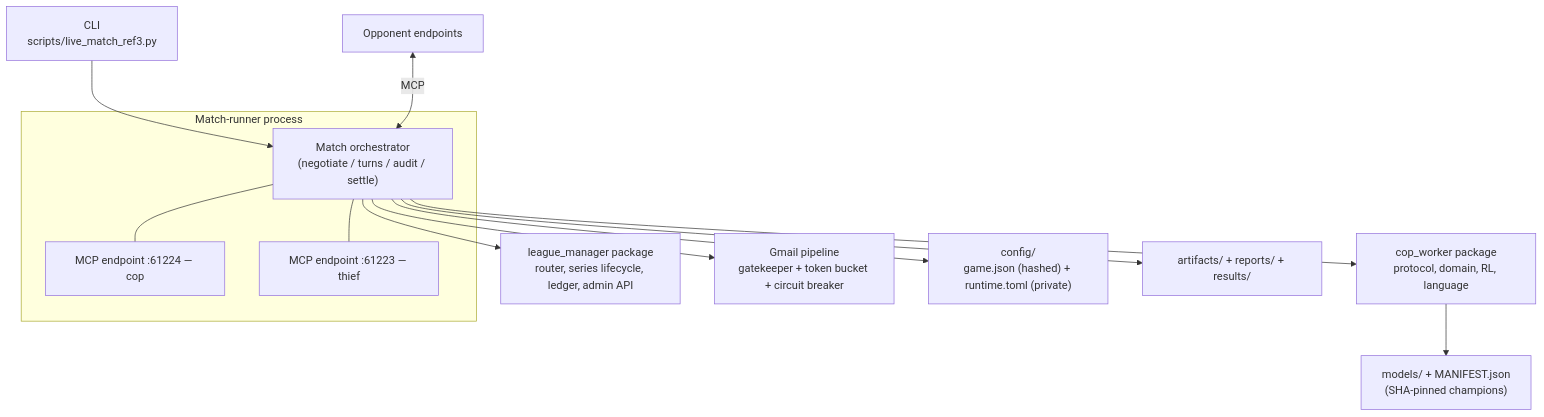
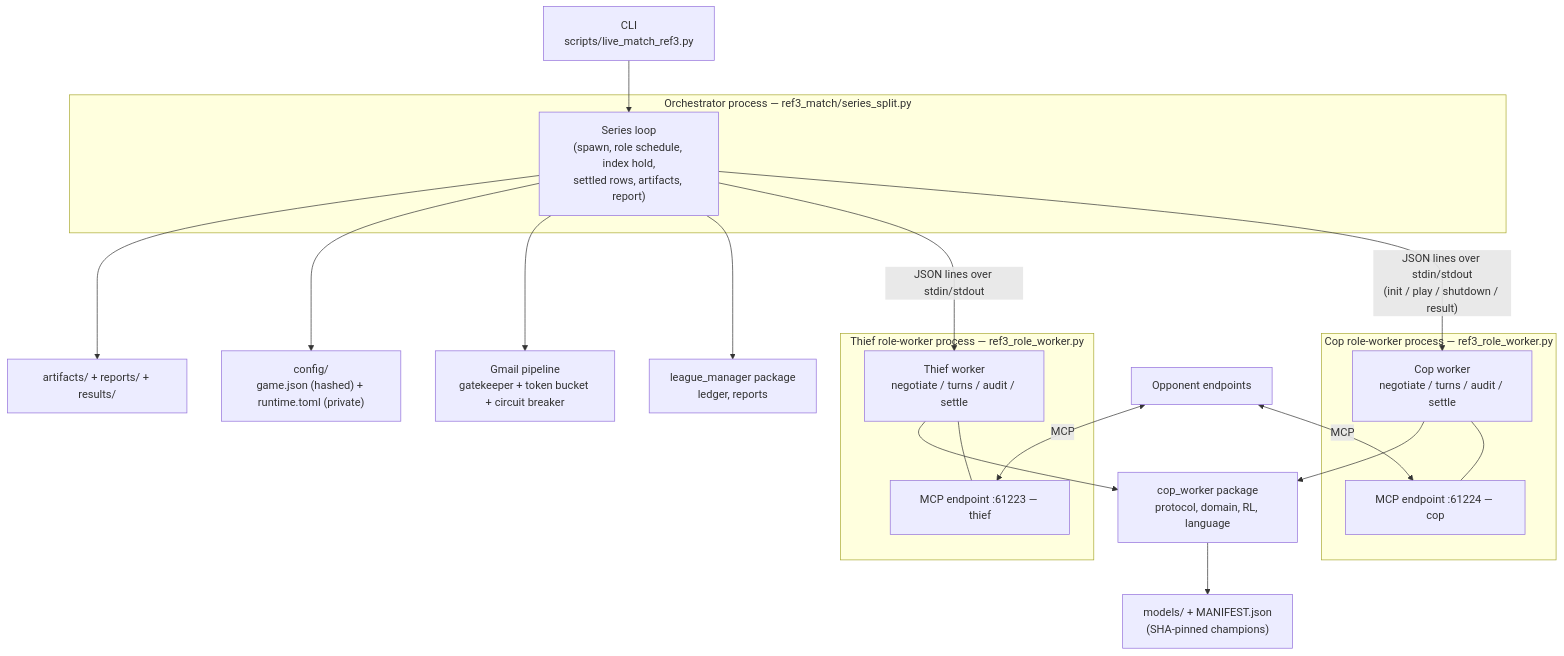
One commit to AmitKuper/vibecode-cop changed the second of 4 diagrams in docs/DESIGN.md. Above: the diagram before and after it, drawn with Mermaid. The commit also changed other lines of this file and 25 other files, not shown here.

````diff
--- a/docs/DESIGN.md
+++ b/docs/DESIGN.md
@@ -35,18 +41,28 @@
 ```mermaid
 flowchart TB
-    CLI["CLI<br/>scripts/live_match_ref3.py"] --> MR
-    subgraph proc["Match-runner process"]
-        MR["Match orchestrator<br/>(negotiate / turns / audit / settle)"]
+    CLI["CLI<br/>scripts/live_match_ref3.py"] --> ORCH
+    subgraph proc0["Orchestrator process — ref3_match/series_split.py"]
+        ORCH["Series loop<br/>(spawn, role schedule, index hold,<br/>settled rows, artifacts, report)"]
+    end
+    subgraph proc1["Cop role-worker process — ref3_role_worker.py"]
+        COPW["Cop worker<br/>negotiate / turns / audit / settle"]
         COPE["MCP endpoint :61224 — cop"]
+        COPW --- COPE
+    end
+    subgraph proc2["Thief role-worker process — ref3_role_worker.py"]
+        THFW["Thief worker<br/>negotiate / turns / audit / settle"]
         THFE["MCP endpoint :61223 — thief"]
-        MR --- COPE
-        MR --- THFE
+        THFW --- THFE
     end
-    MR --> CW["cop_worker package<br/>protocol, domain, RL, language"]
-    MR --> LM["league_manager package<br/>router, series lifecycle, ledger, admin API"]
-    MR --> GM["Gmail pipeline<br/>gatekeeper + token bucket + circuit breaker"]
+    ORCH -->|"JSON lines over stdin/stdout<br/>(init / play / shutdown / result)"| COPW
+    ORCH -->|"JSON lines over stdin/stdout"| THFW
+    COPW --> CW["cop_worker package<br/>protocol, domain, RL, language"]
+    THFW --> CW
+    ORCH --> LM["league_manager package<br/>ledger, reports"]
+    ORCH --> GM["Gmail pipeline<br/>gatekeeper + token bucket + circuit breaker"]
     CW --> MODELS["models/ + MANIFEST.json<br/>(SHA-pinned champions)"]
-    MR --> CFG["config/<br/>game.json (hashed) + runtime.toml (private)"]
-    MR --> OUT["artifacts/ + reports/ + results/"]
-    PEER["Opponent endpoints"] <-->|MCP| MR
+    ORCH --> CFG["config/<br/>game.json (hashed) + runtime.toml (private)"]
+    ORCH --> OUT["artifacts/ + reports/ + results/"]
+    PEER["Opponent endpoints"] <-->|MCP| COPE
+    PEER <-->|MCP| THFE
 ```
````
